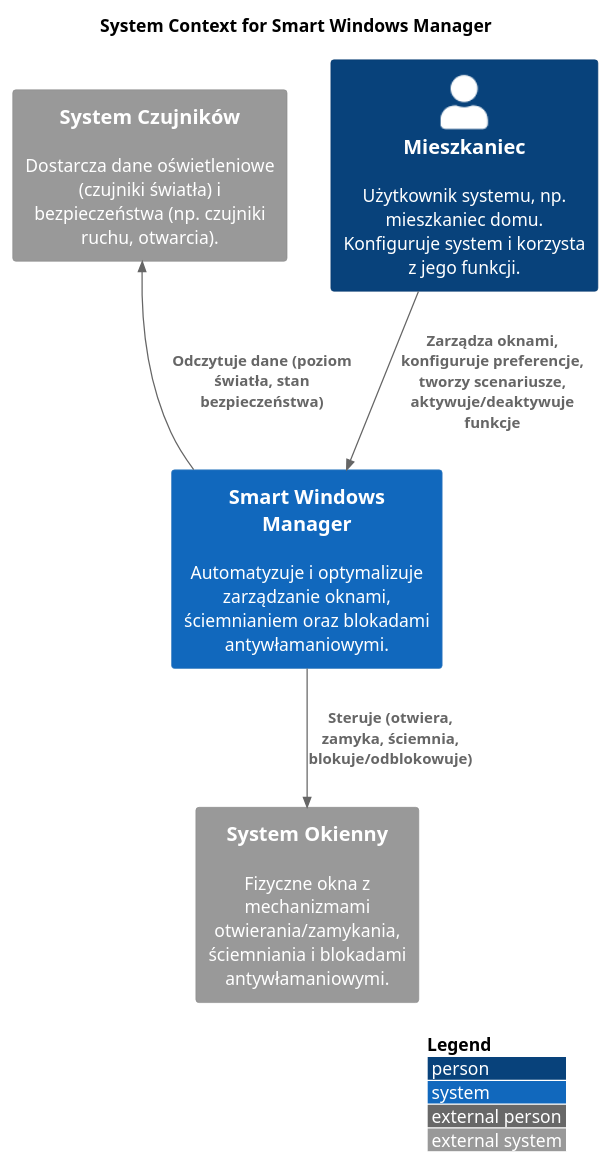
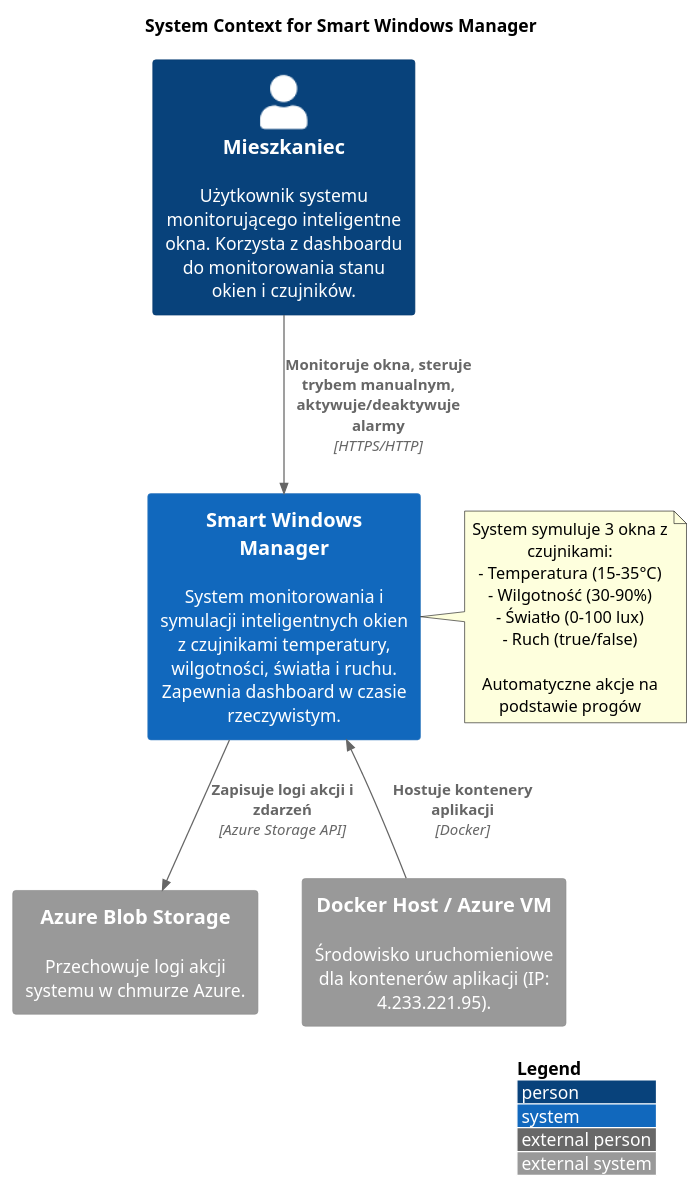
The diagram in Diagram C4/Context Diagram.plantuml (dolhan12211/Smart_Windows_Manager), drawn with PlantUML before and after one commit. The commit also changed 4 other files, not shown here.

```diff
--- a/Diagram C4/Context Diagram.plantuml
+++ b/Diagram C4/Context Diagram.plantuml
@@ -1,17 +1,28 @@
 @startuml
 !include https://raw.githubusercontent.com/plantuml-stdlib/C4-PlantUML/master/C4_Context.puml
 
 LAYOUT_WITH_LEGEND()
 
 title System Context for Smart Windows Manager
 
-Person(user, "Mieszkaniec", "Użytkownik systemu, np. mieszkaniec domu. Konfiguruje system i korzysta z jego funkcji.")
-System(smart_windows_system, "Smart Windows Manager", "Automatyzuje i optymalizuje zarządzanie oknami, ściemnianiem oraz blokadami antywłamaniowymi.")
+Person(user, "Mieszkaniec", "Użytkownik systemu monitorującego inteligentne okna. Korzysta z dashboardu do monitorowania stanu okien i czujników.")
+System(smart_windows_system, "Smart Windows Manager", "System monitorowania i symulacji inteligentnych okien z czujnikami temperatury, wilgotności, światła i ruchu. Zapewnia dashboard w czasie rzeczywistym.")
 
-System_Ext(physical_windows, "System Okienny", "Fizyczne okna z mechanizmami otwierania/zamykania, ściemniania i blokadami antywłamaniowymi.")
-System_Ext(sensor_system, "System Czujników", "Dostarcza dane oświetleniowe (czujniki światła) i bezpieczeństwa (np. czujniki ruchu, otwarcia).")
+System_Ext(azure_storage, "Azure Blob Storage", "Przechowuje logi akcji systemu w chmurze Azure.")
+System_Ext(docker_host, "Docker Host / Azure VM", "Środowisko uruchomieniowe dla kontenerów aplikacji (IP: 4.233.221.95).")
 
-Rel_D(user, smart_windows_system, "Zarządza oknami, konfiguruje preferencje, tworzy scenariusze, aktywuje/deaktywuje funkcje")
-Rel_D(smart_windows_system, physical_windows, "Steruje (otwiera, zamyka, ściemnia, blokuje/odblokowuje)")
-Rel_U(smart_windows_system, sensor_system, "Odczytuje dane (poziom światła, stan bezpieczeństwa)")
+Rel_D(user, smart_windows_system, "Monitoruje okna, steruje trybem manualnym, aktywuje/deaktywuje alarmy", "HTTPS/HTTP")
+Rel_D(smart_windows_system, azure_storage, "Zapisuje logi akcji i zdarzeń", "Azure Storage API")
+Rel_U(docker_host, smart_windows_system, "Hostuje kontenery aplikacji", "Docker")
+
+note right of smart_windows_system
+  System symuluje 3 okna z czujnikami:
+  - Temperatura (15-35°C)
+  - Wilgotność (30-90%)
+  - Światło (0-100 lux)
+  - Ruch (true/false)
+  
+  Automatyczne akcje na podstawie progów
+end note
+
 @enduml
```
